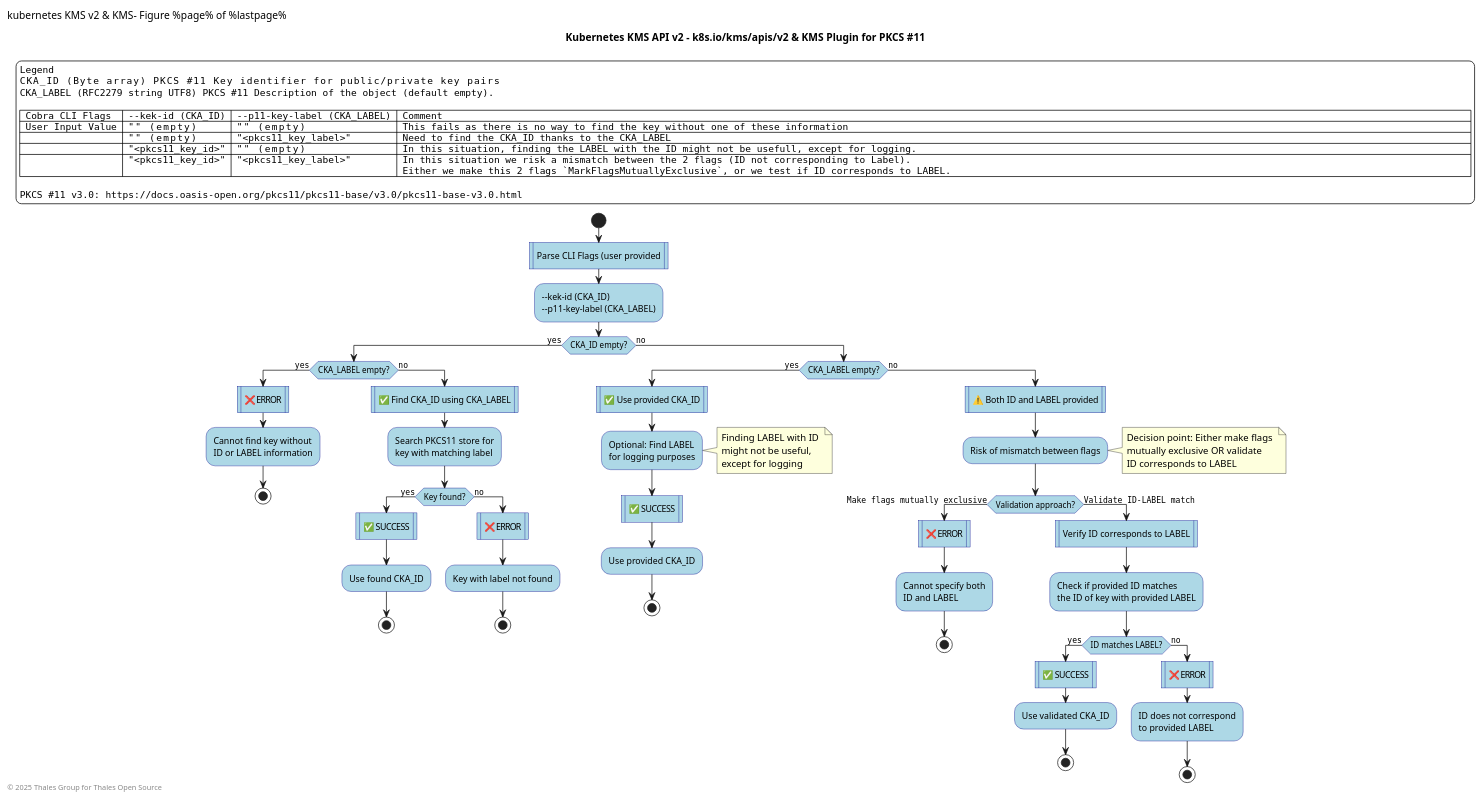
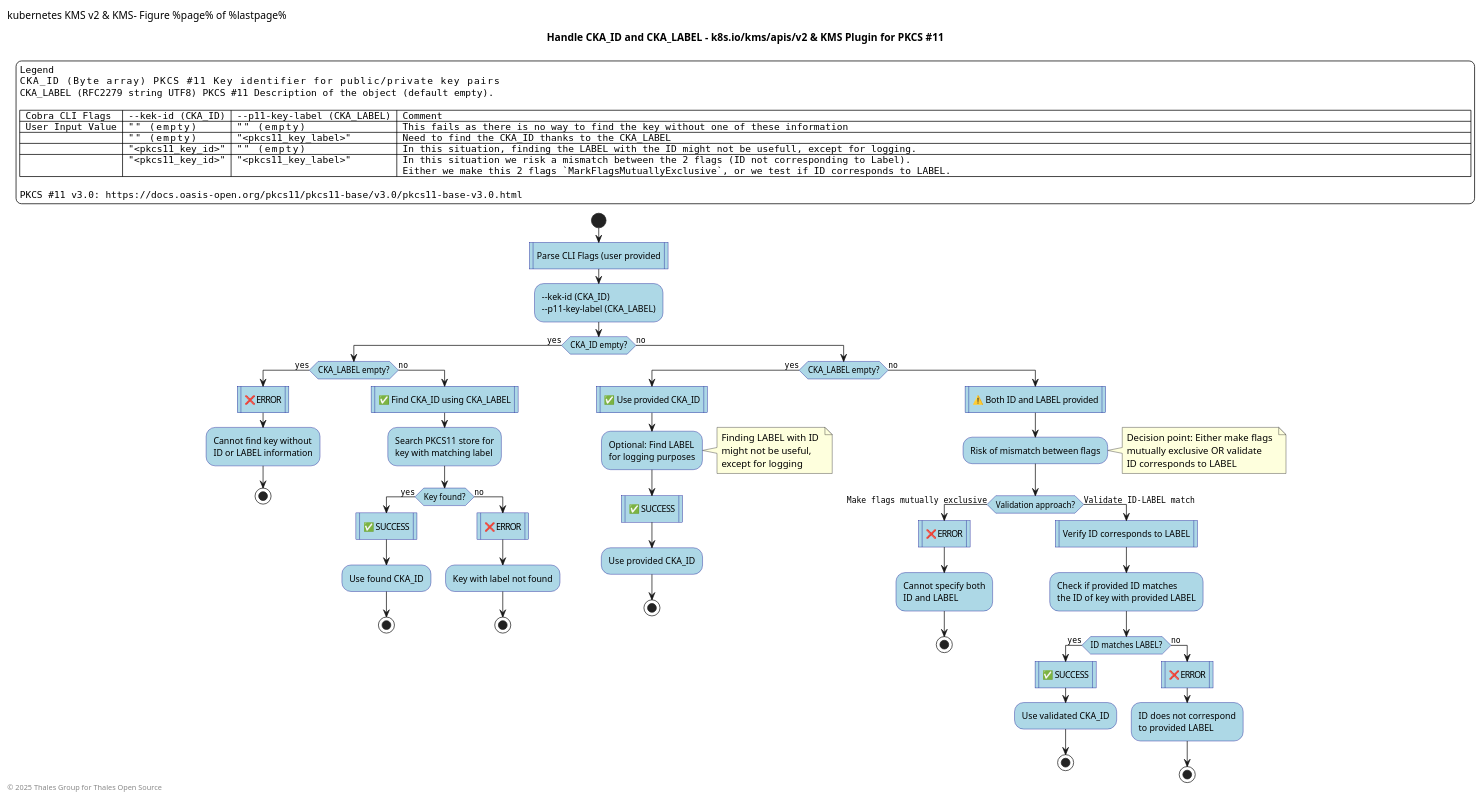
One commit to ThalesGroup/k8s-kms-plugin changed the diagram in docs/puml-diagrams/inputs_cka_id_cka_label.puml. Above: the diagram before and after it, drawn with PlantUML.

Commit message:
modify title

```diff
--- a/docs/puml-diagrams/inputs_cka_id_cka_label.puml
+++ b/docs/puml-diagrams/inputs_cka_id_cka_label.puml
@@ -1,137 +1,137 @@
-@startuml
+@startuml CKA_ID and CKA_LABEL
 
 '=============================================================================='
 '== PlantUML Appearance parameters ============================================'
 '=============================================================================='
 '!theme plain
 skinparam shadowing false
 'skinparam backgroundColor transparent
 
 ' enable arrows on same level
 '!pragma teoz true
 
 skinparam legend {
   FontSize 13
   FontName DejaVu Sans Mono
   BorderColor black
   BackgroundColor white
   Aignment left
 }
 
 
 skinparam ArrowFontName DejaVu Sans Mono
 
 
 skinparam defaultTextAlignment left
 skinparam activity {
   BackgroundColor lightblue
   BorderColor darkblue
 }
 skinparam decision {
   BackgroundColor lightyellow
   BorderColor orange
 }
 
 '=============================================================================='
 '== Title ====================================================================='
 '=============================================================================='
 title
-    Kubernetes KMS API v2 - k8s.io/kms/apis/v2 & KMS Plugin for PKCS #11
+    Handle CKA_ID and CKA_LABEL - k8s.io/kms/apis/v2 & KMS Plugin for PKCS #11
 end title
 
 skinparam HeaderFontSize 14
 header <font color=black>kubernetes KMS v2 & KMS- Figure %page% of %lastpage%</font>
 footer © 2025 Thales Group for Thales Open Source
 
 ' Legend
 legend top left
     Legend
     CKA_ID    (Byte array)          PKCS #11 Key identifier for public/private key pairs
     CKA_LABEL (RFC2279 string UTF8) PKCS #11 Description of the object (default empty).
 
 | Cobra CLI Flags  | --kek-id (CKA_ID) | --p11-key-label (CKA_LABEL) | Comment                                                                                                                                                                                    |
 | User Input Value | ""   (empty)      | ""   (empty)                | This fails as there is no way to find the key without one of these information                                                                                                             |
 |                  | ""   (empty)      | "<pkcs11_key_label>"        | Need to find the CKA_ID thanks to the CKA_LABEL                                                                                                                                            |
 |                  | "<pkcs11_key_id>" | ""   (empty)                | In this situation, finding the LABEL with the ID might not be usefull, except for logging.                                                                                                 |
 |                  | "<pkcs11_key_id>" | "<pkcs11_key_label>"        | In this situation we risk a mismatch between the 2 flags (ID not corresponding to Label).\n Either we make this 2 flags `MarkFlagsMutuallyExclusive`, or we test if ID corresponds to LABEL. |
 
     PKCS #11 v3.0: https://docs.oasis-open.org/pkcs11/pkcs11-base/v3.0/pkcs11-base-v3.0.html
 end legend
 
 '=============================================================================='
 '== Sequence diagram begins ==================================================='
 '=============================================================================='
 
 start
 
 :Parse CLI Flags (user provided|
 :--kek-id (CKA_ID)
 --p11-key-label (CKA_LABEL);
 
 if (CKA_ID empty?) then (yes)
   if (CKA_LABEL empty?) then (yes)
     :❌ ERROR|
     :Cannot find key without 
     ID or LABEL information;
     stop
   else (no)
     :✅ Find CKA_ID using CKA_LABEL|
     :Search PKCS11 store for 
     key with matching label;
     if (Key found?) then (yes)
       :✅ SUCCESS|
       :Use found CKA_ID;
       stop
     else (no)
       :❌ ERROR|
       :Key with label not found;
       stop
     endif
   endif
 else (no)
   if (CKA_LABEL empty?) then (yes)
     :✅ Use provided CKA_ID|
     :Optional: Find LABEL 
     for logging purposes;
     note right
       Finding LABEL with ID 
       might not be useful, 
       except for logging
     end note
     :✅ SUCCESS|
     :Use provided CKA_ID;
     stop
   else (no)
     :⚠️ Both ID and LABEL provided|
     :Risk of mismatch between flags;
     
     note right
       Decision point: Either make flags 
       mutually exclusive OR validate 
       ID corresponds to LABEL
     end note
     
     if (Validation approach?) then (Make flags mutually exclusive)
       :❌ ERROR|
       :Cannot specify both 
       ID and LABEL;
       stop
     else (Validate ID-LABEL match)
       :Verify ID corresponds to LABEL|
       :Check if provided ID matches 
       the ID of key with provided LABEL;
       if (ID matches LABEL?) then (yes)
         :✅ SUCCESS|
         :Use validated CKA_ID;
         stop
       else (no)
         :❌ ERROR|
         :ID does not correspond 
         to provided LABEL;
         stop
       endif
     endif
   endif
 endif
 
 @enduml
```
